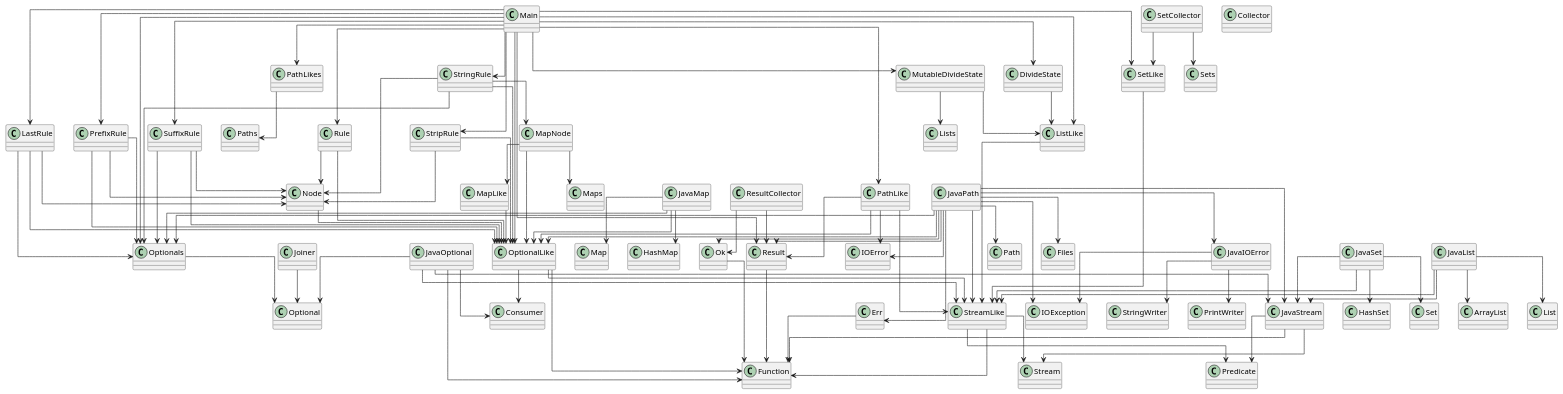
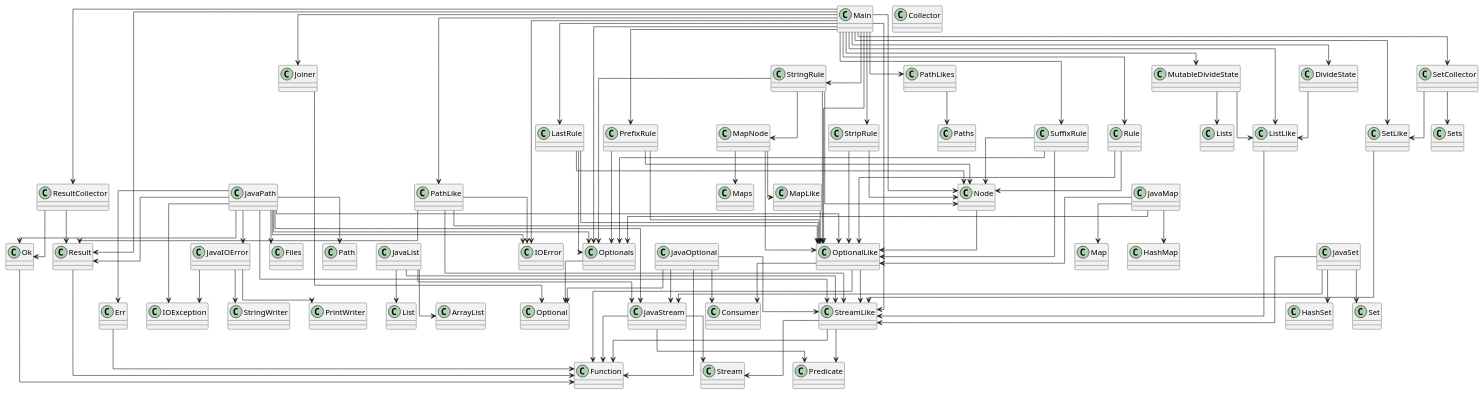
One commit to SirMathhman/Magma changed the diagram in diagram.puml. Above: the diagram before and after it, drawn with PlantUML. The commit also changed 74 other files, not shown here.

```diff
--- a/diagram.puml
+++ b/diagram.puml
@@ -1,138 +1,144 @@
 @startuml
 skinparam linetype ortho
-class JavaOptional
-JavaOptional --> JavaStream
-JavaOptional --> StreamLike
-JavaOptional --> Optional
-JavaOptional --> Consumer
-JavaOptional --> Function
-class OptionalLike
-OptionalLike --> StreamLike
-OptionalLike --> Consumer
-OptionalLike --> Function
-class PrefixRule
-PrefixRule --> Node
-PrefixRule --> OptionalLike
-PrefixRule --> Optionals
-class StripRule
-StripRule --> Node
-StripRule --> OptionalLike
+class Joiner
+Joiner --> Optional
+class Node
+Node --> OptionalLike
+class Maps
 class JavaIOError
 JavaIOError --> IOException
 JavaIOError --> PrintWriter
 JavaIOError --> StringWriter
-class StringRule
-StringRule --> MapNode
-StringRule --> Node
-StringRule --> OptionalLike
-StringRule --> Optionals
-class StreamLike
-StreamLike --> Function
-StreamLike --> Predicate
-StreamLike --> Stream
-class PathLikes
-PathLikes --> Paths
-class PathLike
-PathLike --> IOError
-PathLike --> StreamLike
-PathLike --> OptionalLike
-PathLike --> Result
-class Maps
-class Joiner
-Joiner --> Optional
-class IOError
-class Node
-Node --> OptionalLike
-class SuffixRule
-SuffixRule --> Node
-SuffixRule --> OptionalLike
-SuffixRule --> Optionals
-class Collector
-class ResultCollector
-ResultCollector --> Ok
-ResultCollector --> Result
-class DivideState
-DivideState --> ListLike
-class SetLike
-SetLike --> StreamLike
-class Sets
-class JavaStream
-JavaStream --> Function
-JavaStream --> Predicate
-JavaStream --> Stream
+class Result
+Result --> Function
+class LastRule
+LastRule --> Node
+LastRule --> OptionalLike
+LastRule --> Optionals
 class JavaPath
 JavaPath --> IOError
 JavaPath --> JavaIOError
 JavaPath --> JavaStream
 JavaPath --> StreamLike
 JavaPath --> OptionalLike
 JavaPath --> Optionals
 JavaPath --> Err
 JavaPath --> Ok
 JavaPath --> Result
 JavaPath --> IOException
 JavaPath --> Files
 JavaPath --> Path
-class LastRule
-LastRule --> Node
-LastRule --> OptionalLike
-LastRule --> Optionals
-class Result
-Result --> Function
-class JavaSet
-JavaSet --> JavaStream
-JavaSet --> StreamLike
-JavaSet --> HashSet
-JavaSet --> Set
+class StreamLike
+StreamLike --> Function
+StreamLike --> Predicate
+StreamLike --> Stream
+class ListLike
+ListLike --> StreamLike
 class Err
 Err --> Function
-class JavaMap
-JavaMap --> OptionalLike
-JavaMap --> Optionals
-JavaMap --> HashMap
-JavaMap --> Map
-class SetCollector
-SetCollector --> SetLike
-SetCollector --> Sets
-class ListLike
-ListLike --> StreamLike
 class JavaList
 JavaList --> JavaStream
 JavaList --> StreamLike
 JavaList --> ArrayList
 JavaList --> List
+class Sets
+class PathLike
+PathLike --> IOError
+PathLike --> StreamLike
+PathLike --> OptionalLike
+PathLike --> Result
+class PathLikes
+PathLikes --> Paths
+class OptionalLike
+OptionalLike --> StreamLike
+OptionalLike --> Consumer
+OptionalLike --> Function
 class MapNode
 MapNode --> MapLike
 MapNode --> Maps
 MapNode --> OptionalLike
 class MapLike
 MapLike --> OptionalLike
-class Rule
-Rule --> Node
-Rule --> OptionalLike
+class Optionals
+Optionals --> Optional
+class DivideState
+DivideState --> ListLike
 class Main
 Main --> DivideState
 Main --> MutableDivideState
+Main --> IOError
 Main --> ListLike
+Main --> Node
 Main --> OptionalLike
 Main --> Optionals
 Main --> PathLike
 Main --> PathLikes
 Main --> Result
 Main --> LastRule
 Main --> PrefixRule
 Main --> Rule
 Main --> StringRule
 Main --> StripRule
 Main --> SuffixRule
 Main --> SetLike
+Main --> Joiner
+Main --> ResultCollector
+Main --> SetCollector
+Main --> StreamLike
+class Rule
+Rule --> Node
+Rule --> OptionalLike
+class ResultCollector
+ResultCollector --> Ok
+ResultCollector --> Result
+class JavaStream
+JavaStream --> Function
+JavaStream --> Predicate
+JavaStream --> Stream
+class JavaSet
+JavaSet --> JavaStream
+JavaSet --> StreamLike
+JavaSet --> HashSet
+JavaSet --> Set
+class PrefixRule
+PrefixRule --> Node
+PrefixRule --> OptionalLike
+PrefixRule --> Optionals
+class StringRule
+StringRule --> MapNode
+StringRule --> Node
+StringRule --> OptionalLike
+StringRule --> Optionals
+class Lists
+class IOError
+class SuffixRule
+SuffixRule --> Node
+SuffixRule --> OptionalLike
+SuffixRule --> Optionals
+class Collector
+class JavaMap
+JavaMap --> OptionalLike
+JavaMap --> Optionals
+JavaMap --> HashMap
+JavaMap --> Map
+class StripRule
+StripRule --> Node
+StripRule --> OptionalLike
+class SetLike
+SetLike --> StreamLike
+class SetCollector
+SetCollector --> SetLike
+SetCollector --> Sets
+class JavaOptional
+JavaOptional --> JavaStream
+JavaOptional --> StreamLike
+JavaOptional --> Optional
+JavaOptional --> Consumer
+JavaOptional --> Function
 class MutableDivideState
 MutableDivideState --> ListLike
 MutableDivideState --> Lists
-class Optionals
-Optionals --> Optional
-class Lists
 class Ok
 Ok --> Function
 
 @enduml
```
